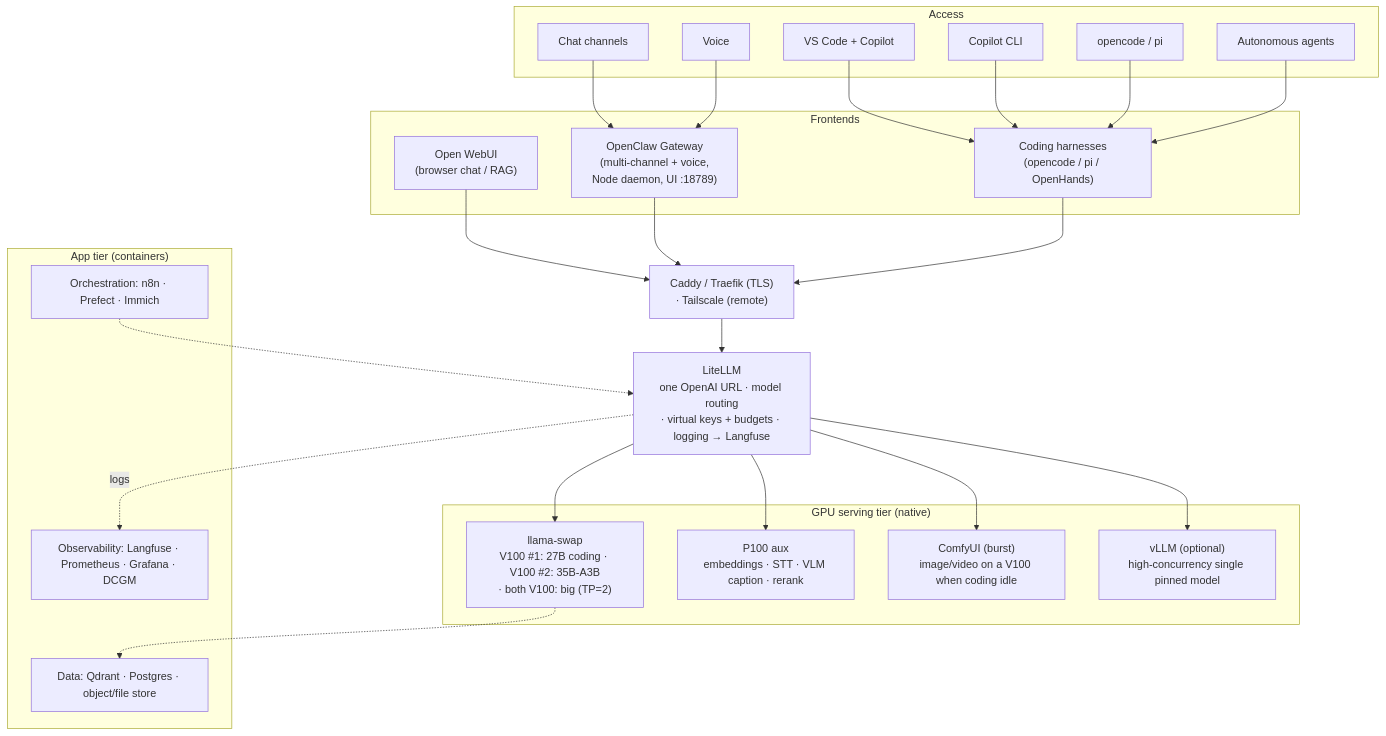
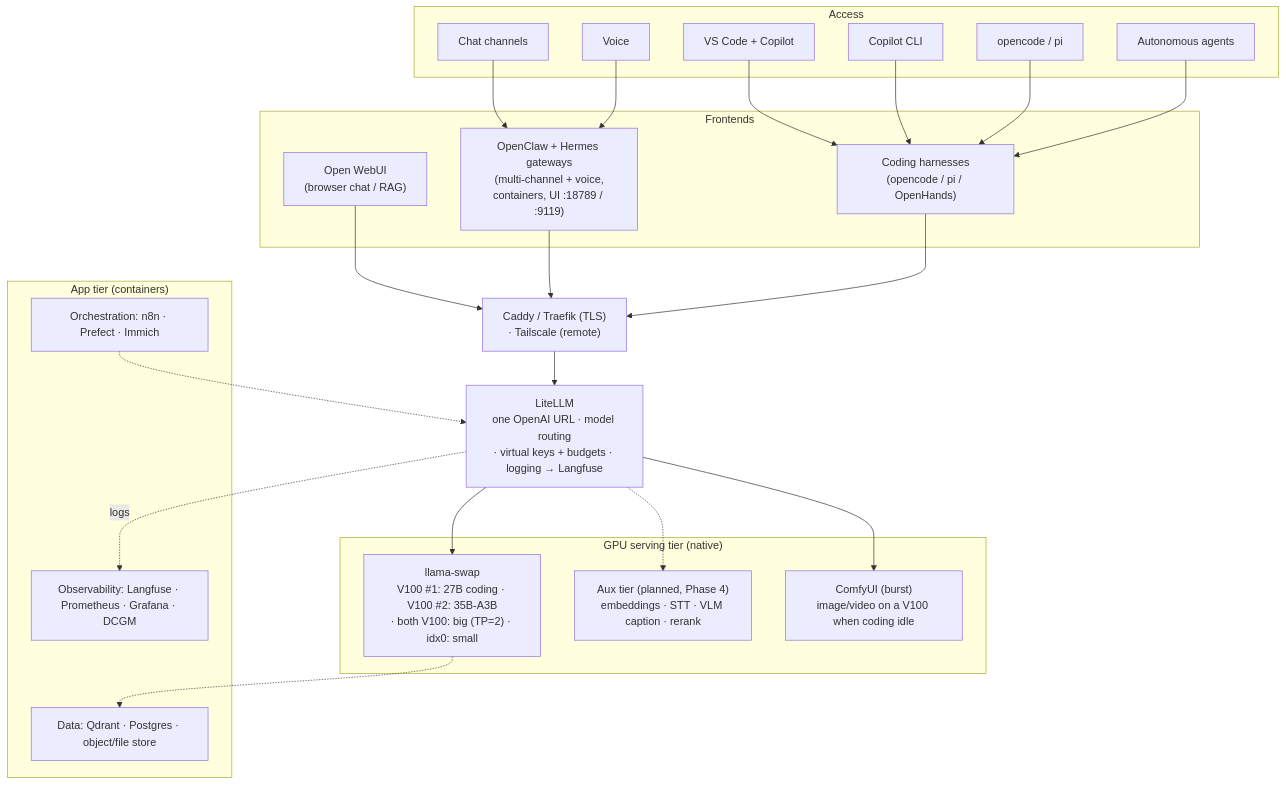
The diagram in docs/architecture.md (bradrlaw/ai-server), drawn with Mermaid before and after one commit. The commit also changed other lines of this file and 8 other files, not shown here.

````diff
--- a/docs/architecture.md
+++ b/docs/architecture.md
@@ -23,52 +26,50 @@
 ```mermaid
 flowchart TD
     subgraph Access["Access"]
         A1["VS Code + Copilot"]
         A2["Copilot CLI"]
         A3["opencode / pi"]
         A4["Chat channels"]
         A5["Voice"]
         A6["Autonomous agents"]
     end
 
     subgraph Frontends["Frontends"]
         OWUI["Open WebUI<br/>(browser chat / RAG)"]
-        OC["OpenClaw Gateway<br/>(multi-channel + voice,<br/>Node daemon, UI :18789)"]
+        OC["OpenClaw + Hermes gateways<br/>(multi-channel + voice,<br/>containers, UI :18789 / :9119)"]
         CH["Coding harnesses<br/>(opencode / pi / OpenHands)"]
     end
 
     A1 --> CH
     A2 --> CH
     A3 --> CH
     A6 --> CH
     A4 --> OC
     A5 --> OC
 
     EDGE["Caddy / Traefik (TLS)<br/>· Tailscale (remote)"]
     OWUI --> EDGE
     OC --> EDGE
     CH --> EDGE
 
     LL["LiteLLM<br/>one OpenAI URL · model routing<br/>· virtual keys + budgets · logging → Langfuse"]
     EDGE --> LL
 
     subgraph Serving["GPU serving tier (native)"]
-        LS["llama-swap<br/>V100 #1: 27B coding · V100 #2: 35B-A3B<br/>· both V100: big (TP=2)"]
-        P100["P100 aux<br/>embeddings · STT · VLM caption · rerank"]
+        LS["llama-swap<br/>V100 #1: 27B coding · V100 #2: 35B-A3B<br/>· both V100: big (TP=2) · idx0: small"]
+        AUX["Aux tier (planned, Phase 4)<br/>embeddings · STT · VLM caption · rerank"]
         CF["ComfyUI (burst)<br/>image/video on a V100 when coding idle"]
-        VLLM["vLLM (optional)<br/>high-concurrency single pinned model"]
     end
     LL --> LS
-    LL --> P100
+    LL -.-> AUX
     LL --> CF
-    LL --> VLLM
 
     subgraph AppTier["App tier (containers)"]
         DATA["Data: Qdrant · Postgres · object/file store"]
         ORCH["Orchestration: n8n · Prefect · Immich"]
         OBS["Observability: Langfuse · Prometheus · Grafana · DCGM"]
     end
     LS -.-> DATA
     LL -.->|logs| OBS
     ORCH -.-> LL
 ```
````
